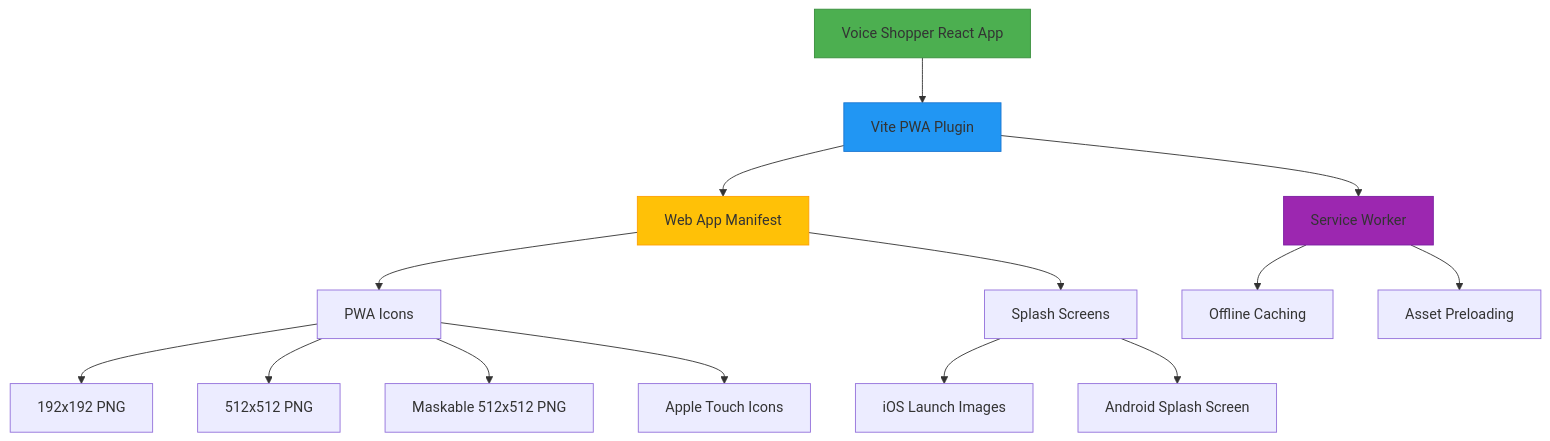
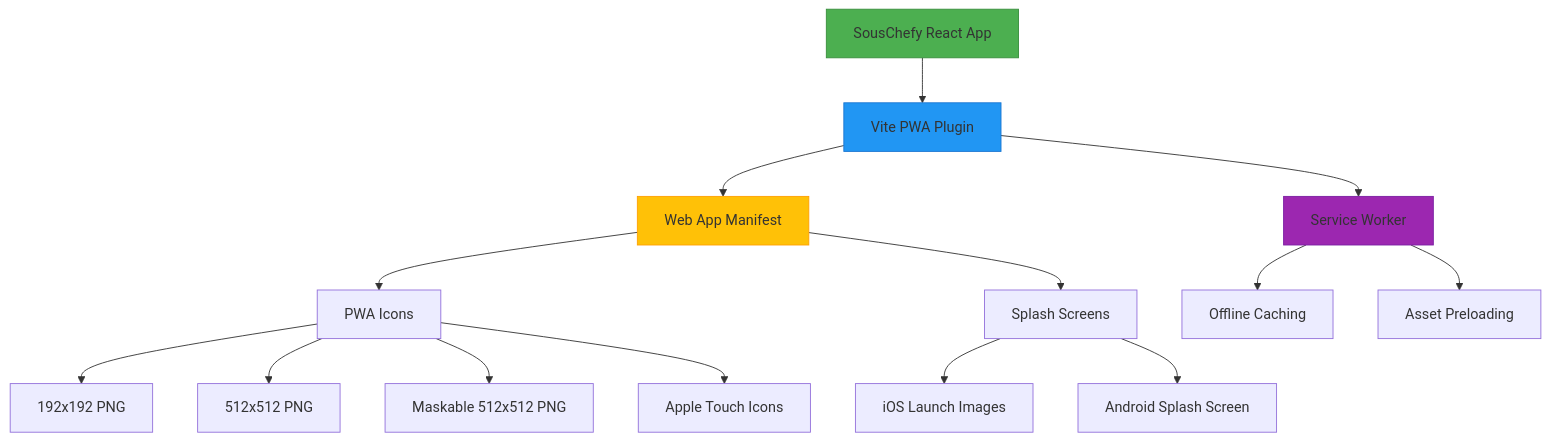
One commit to thiagoricci/SousChefy changed the diagram in plans/pwa-implementation.md. Above: the diagram before and after it, drawn with Mermaid. The commit also changed other lines of this file and 103 other files, not shown here.

Commit message:
feat(core): rebrand to SousChefy and implement full-stack authentication with database integration

````diff
--- a/plans/pwa-implementation.md
+++ b/plans/pwa-implementation.md
@@ -5,23 +5,23 @@
 ```mermaid
 graph TD
-    A[Voice Shopper React App] --> B[Vite PWA Plugin]
+    A[SousChefy React App] --> B[Vite PWA Plugin]
     B --> C[Web App Manifest]
     B --> D[Service Worker]
     C --> E[PWA Icons]
     C --> F[Splash Screens]
     D --> G[Offline Caching]
     D --> H[Asset Preloading]
 
     E --> E1[192x192 PNG]
     E --> E2[512x512 PNG]
     E --> E3[Maskable 512x512 PNG]
     E --> E4[Apple Touch Icons]
 
     F --> F1[iOS Launch Images]
     F --> F2[Android Splash Screen]
 
     style A fill:#4CAF50,stroke:#388E3C
     style B fill:#2196F3,stroke:#1976D2
     style C fill:#FFC107,stroke:#FFA000
     style D fill:#9C27B0,stroke:#7B1FA2
 ```
````
